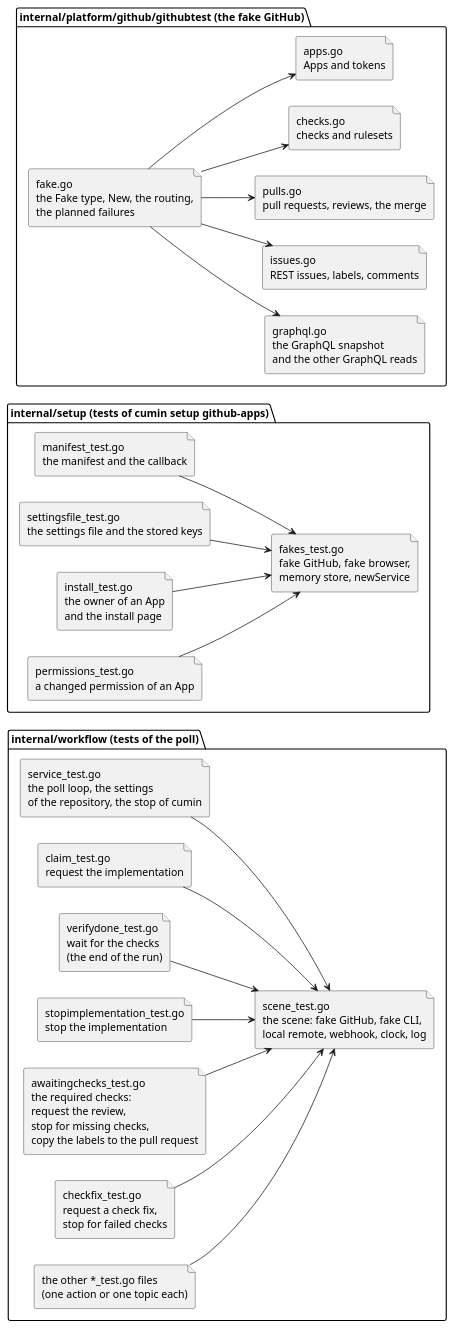
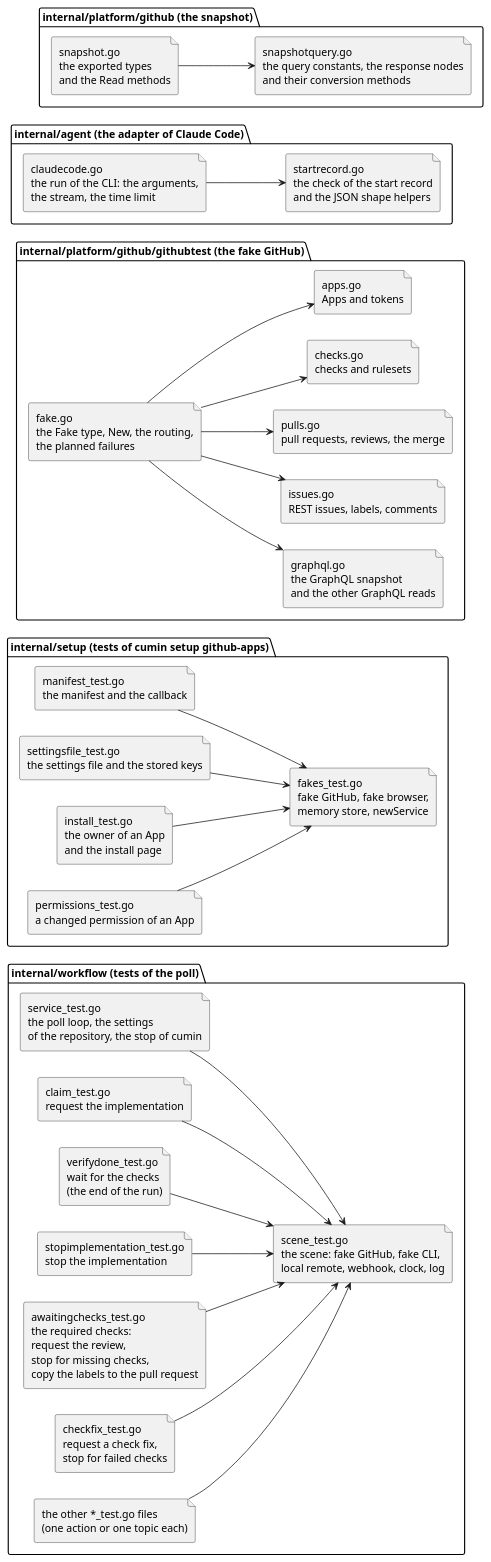
The diagram in docs/ja/designs/code-layout-files.puml (cloveclovedev/cumin-works), drawn with PlantUML before and after one commit. The commit also changed 6 other files, not shown here.

First line of the commit message:
refactor: split claudecode.go and snapshot.go (#661)

```diff
--- a/docs/ja/designs/code-layout-files.puml
+++ b/docs/ja/designs/code-layout-files.puml
@@ -1,56 +1,71 @@
 @startuml code-layout-files
 ' cumin works - the files of a package, where the table of code-layout.md
 ' cannot show which file uses which.
-' Document: code-layout.md, topic on the files of the tests.
+' Document: code-layout.md, topics on the files of the tests and on the
+' files of the two adapters.
 ' Render: run scripts/render-diagrams.sh at the root of the repository.
 skinparam shadowing false
 skinparam defaultFontName sans-serif
 left to right direction
 
 package "internal/workflow (tests of the poll)" {
   file "scene_test.go\nthe scene: fake GitHub, fake CLI,\nlocal remote, webhook, clock, log" as scene
   file "service_test.go\nthe poll loop, the settings\nof the repository, the stop of cumin" as loop
   file "claim_test.go\nrequest the implementation" as claim
   file "verifydone_test.go\nwait for the checks\n(the end of the run)" as verify
   file "stopimplementation_test.go\nstop the implementation" as stopimpl
   file "awaitingchecks_test.go\nthe required checks:\nrequest the review,\nstop for missing checks,\ncopy the labels to the pull request" as awaiting
   file "checkfix_test.go\nrequest a check fix,\nstop for failed checks" as checkfix
   file "the other *_test.go files\n(one action or one topic each)" as others
 }
 
 loop --> scene
 claim --> scene
 verify --> scene
 stopimpl --> scene
 awaiting --> scene
 checkfix --> scene
 others --> scene
 
 package "internal/setup (tests of cumin setup github-apps)" {
   file "fakes_test.go\nfake GitHub, fake browser,\nmemory store, newService" as fakes
   file "manifest_test.go\nthe manifest and the callback" as manifest
   file "settingsfile_test.go\nthe settings file and the stored keys" as settingsfile
   file "install_test.go\nthe owner of an App\nand the install page" as install
   file "permissions_test.go\na changed permission of an App" as permissions
 }
 
 manifest --> fakes
 settingsfile --> fakes
 install --> fakes
 permissions --> fakes
 
 package "internal/platform/github/githubtest (the fake GitHub)" {
   file "fake.go\nthe Fake type, New, the routing,\nthe planned failures" as fake
   file "graphql.go\nthe GraphQL snapshot\nand the other GraphQL reads" as fakegraphql
   file "issues.go\nREST issues, labels, comments" as fakeissues
   file "pulls.go\npull requests, reviews, the merge" as fakepulls
   file "checks.go\nchecks and rulesets" as fakechecks
   file "apps.go\nApps and tokens" as fakeapps
 }
 
 fake --> fakegraphql
 fake --> fakeissues
 fake --> fakepulls
 fake --> fakechecks
 fake --> fakeapps
+
+package "internal/agent (the adapter of Claude Code)" {
+  file "claudecode.go\nthe run of the CLI: the arguments,\nthe stream, the time limit" as claudecode
+  file "startrecord.go\nthe check of the start record\nand the JSON shape helpers" as startrecord
+}
+
+claudecode --> startrecord
+
+package "internal/platform/github (the snapshot)" {
+  file "snapshot.go\nthe exported types\nand the Read methods" as snapshot
+  file "snapshotquery.go\nthe query constants, the response nodes\nand their conversion methods" as snapshotquery
+}
+
+snapshot --> snapshotquery
 @enduml
```
